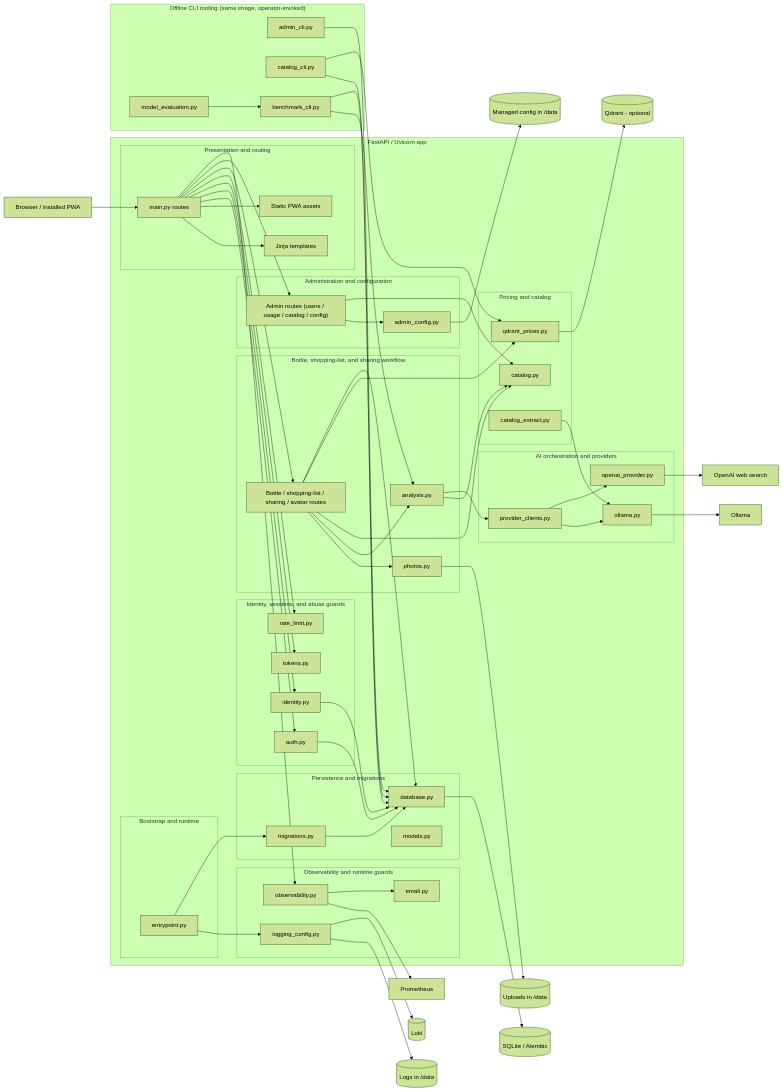
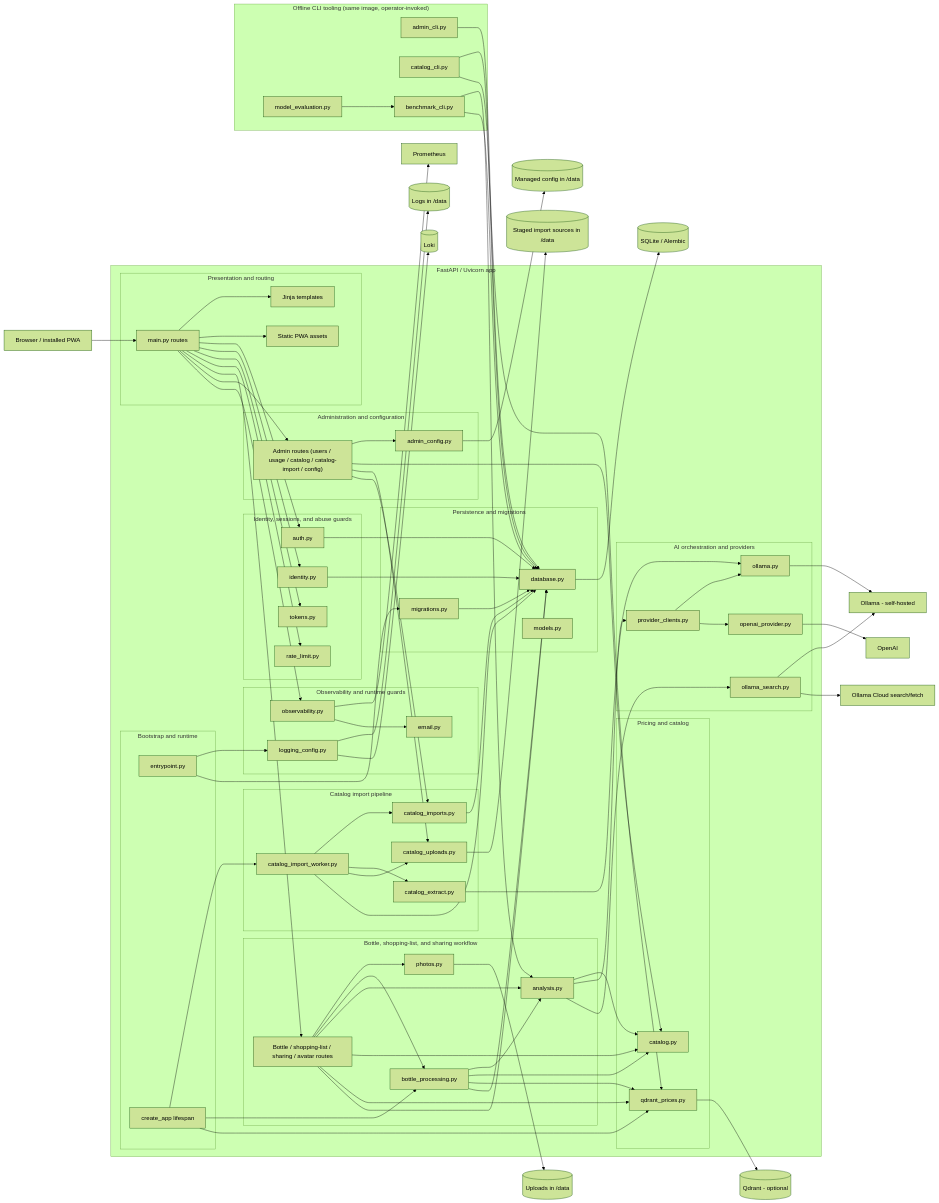
One commit to adhatcher-org/bourbonbook changed the diagram in docs/architecture/c3-components.md. Above: the diagram before and after it, drawn with Mermaid (forest theme). The commit also changed other lines of this file and 21 other files, not shown here.

```diff
--- a/docs/architecture/c3-components.md
+++ b/docs/architecture/c3-components.md
@@ -15,6 +18,7 @@
   subgraph app["FastAPI / Uvicorn app"]
     subgraph bootstrap["Bootstrap and runtime"]
       entrypoint[entrypoint.py]
+      lifespan["create_app lifespan"]
     end
 
     subgraph presentation["Presentation and routing"]
@@ -32,6 +36,7 @@
 
     subgraph bottles["Bottle, shopping-list, and sharing workflow"]
       bottle_routes[Bottle / shopping-list / sharing / avatar routes]
+      bottle_processing[bottle_processing.py]
       photos[photos.py]
       analysis[analysis.py]
     end
@@ -39,17 +44,24 @@
     subgraph ai["AI orchestration and providers"]
       provider_clients[provider_clients.py]
       ollama_mod[ollama.py]
+      ollama_search[ollama_search.py]
       openai_mod[openai_provider.py]
     end
 
     subgraph pricing["Pricing and catalog"]
       catalog[catalog.py]
       qdrant_mod[qdrant_prices.py]
+    end
+
+    subgraph importing["Catalog import pipeline"]
+      catalog_uploads[catalog_uploads.py]
+      catalog_imports[catalog_imports.py]
+      import_worker[catalog_import_worker.py]
       catalog_extract[catalog_extract.py]
     end
 
     subgraph admin["Administration and configuration"]
-      admin_routes["Admin routes (users / usage / catalog / config)"]
+      admin_routes["Admin routes (users / usage / catalog / catalog-import / config)"]
       admin_config[admin_config.py]
     end
 
@@ -75,10 +87,12 @@
 
   sqlite[(SQLite / Alembic)]
   uploads[(Uploads in /data)]
+  import_sources[(Staged import sources in /data)]
   config[(Managed config in /data)]
   logs[(Logs in /data)]
-  ollama[Ollama]
-  openai[OpenAI web search]
+  ollama[Ollama - self-hosted]
+  ollama_cloud[Ollama Cloud search/fetch]
+  openai[OpenAI]
   qdrant[(Qdrant - optional)]
   prometheus[Prometheus]
   loki[(Loki)]
@@ -95,24 +109,45 @@
   routes --> observability
 
   bottle_routes --> photos
+  bottle_routes --> bottle_processing
   bottle_routes --> analysis
   bottle_routes --> catalog
   bottle_routes --> qdrant_mod
+  bottle_processing --> analysis
+  bottle_processing --> catalog
+  bottle_processing --> qdrant_mod
   analysis --> catalog
   analysis --> provider_clients
+  analysis --> ollama_search
   provider_clients --> ollama_mod
   provider_clients --> openai_mod
   ollama_mod --> ollama
+  ollama_search --> ollama
+  ollama_search --> ollama_cloud
   openai_mod --> openai
   qdrant_mod --> qdrant
 
   admin_routes --> admin_config
   admin_routes --> catalog
+  admin_routes --> catalog_uploads
+  admin_routes --> catalog_imports
   admin_config --> config
+
+  lifespan --> import_worker
+  lifespan --> bottle_processing
+  lifespan --> qdrant_mod
+  import_worker --> catalog_imports
+  import_worker --> catalog_extract
+  import_worker --> catalog_uploads
+  catalog_extract --> ollama_mod
+  catalog_uploads --> import_sources
+  catalog_imports --> database
+  import_worker --> database
 
   database --> sqlite
   migrations --> database
   bottle_routes --> database
+  bottle_processing --> database
   identity_mod --> database
   auth --> database
 
@@ -127,7 +162,6 @@
   admin_cli --> database
   catalog_cli --> database
   catalog_cli --> qdrant_mod
-  catalog_extract --> ollama_mod
   benchmark_cli --> analysis
   benchmark_cli --> database
   model_evaluation --> benchmark_cli
```
